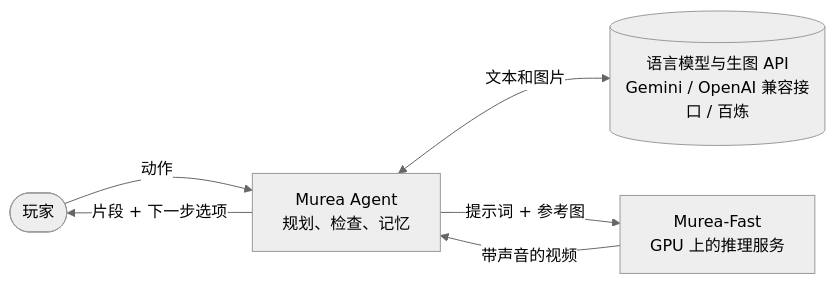
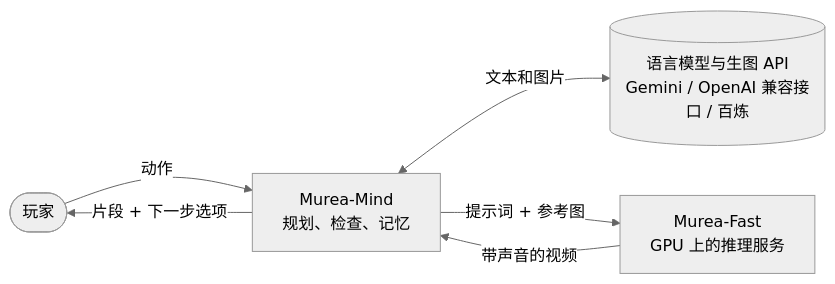
The diagram in README_zh.md (Murea-Labs/InWorld), drawn with Mermaid (neutral theme) before and after one commit. The commit also changed other lines of this file and 46 other files, not shown here.

Commit message:
refactor: rename Murea Agent to Murea-Mind

````diff
--- a/README_zh.md
+++ b/README_zh.md
@@ -98,8 +98,8 @@
 ```mermaid
 flowchart LR
-    P([玩家]) -->|动作| A[Murea Agent<br/>规划、检查、记忆]
+    P([玩家]) -->|动作| A[Murea-Mind<br/>规划、检查、记忆]
     A <-->|文本和图片| L[(语言模型与生图 API<br/>Gemini / OpenAI 兼容接口 / 百炼)]
     A -->|提示词 + 参考图| F[Murea-Fast<br/>GPU 上的推理服务]
     F -->|带声音的视频| A
     A -->|片段 + 下一步选项| P
 ```
````
